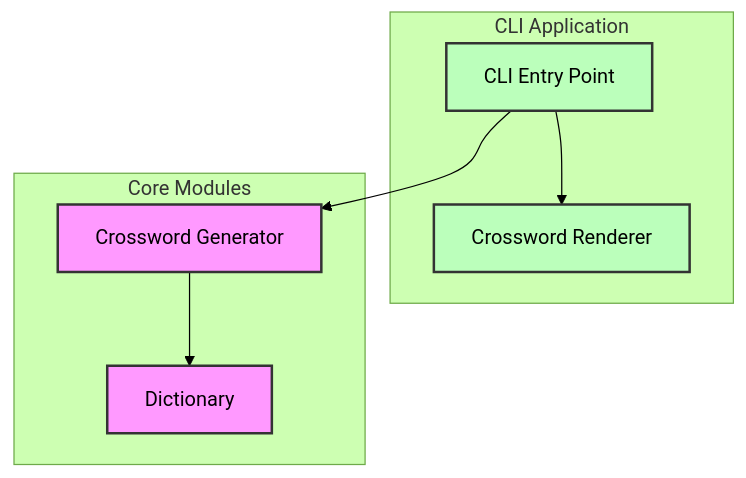
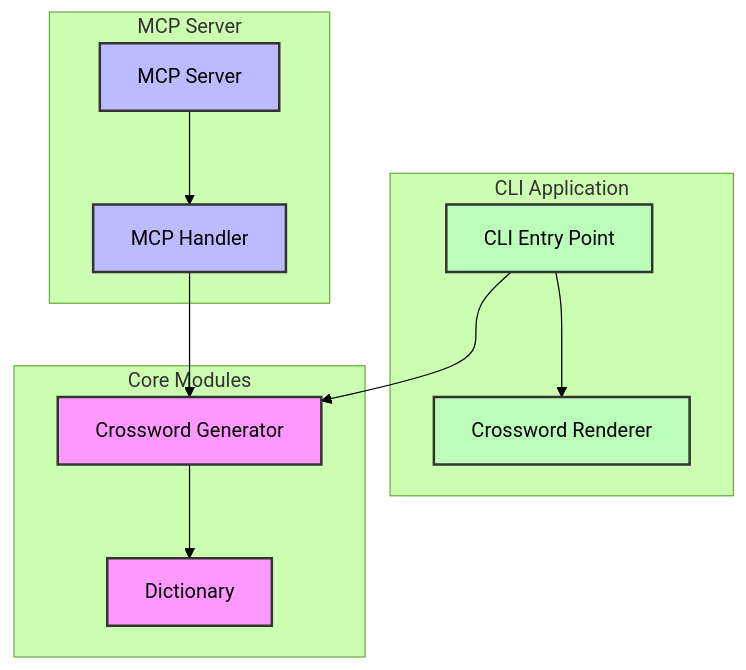
Before and after one commit to ahboujelben/go-crossword: the diagram in README.md, drawn with Mermaid (forest theme). The commit also changed other lines of this file, not shown here.

````diff
--- a/README.md
+++ b/README.md
@@ -106,22 +105,31 @@
 ```mermaid
 graph TB
     subgraph "CLI Application"
         CLI[CLI Entry Point]
         CR[Crossword Renderer]
+    end
+
+    subgraph "MCP Server"
+        MCP[MCP Server]
+        MCPH[MCP Handler]
     end
 
     subgraph "Core Modules"
         CW[Crossword Generator]
         DICT[Dictionary]
     end
 
     CLI --> CW
     CLI --> CR
+    MCP --> MCPH
+    MCPH --> CW
     CW --> DICT
 
     classDef core fill:#f9f,stroke:#333,stroke-width:2px;
     classDef app fill:#bfb,stroke:#333,stroke-width:2px;
+    classDef mcp fill:#bbf,stroke:#333,stroke-width:2px;
 
     class CW,DICT core;
     class CLI,CR app;
+    class MCP,MCPH mcp;
 ```
````
